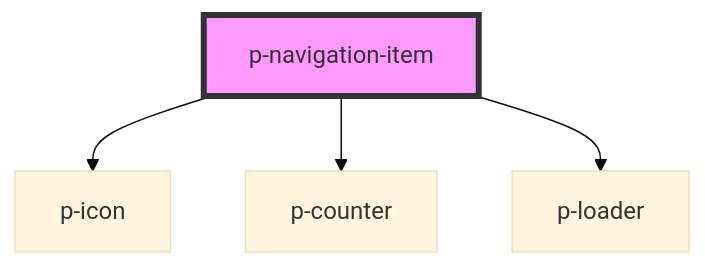
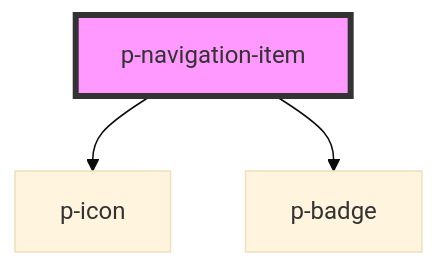
One commit to Employes/Paperless changed the diagram in packages/core/src/components/molecules/navigation-item/readme.md. Above: the diagram before and after it, drawn with Mermaid (base theme). The commit also changed other lines of this file and 4 other files, not shown here.

Commit message:
feat(molecules/navigation-item): New branding implementation

````diff
--- a/packages/core/src/components/molecules/navigation-item/readme.md
+++ b/packages/core/src/components/molecules/navigation-item/readme.md
@@ -30,7 +28,6 @@
 ```mermaid
 graph TD;
   p-navigation-item --> p-icon
-  p-navigation-item --> p-counter
-  p-navigation-item --> p-loader
+  p-navigation-item --> p-badge
   style p-navigation-item fill:#f9f,stroke:#333,stroke-width:4px
 ```
````
